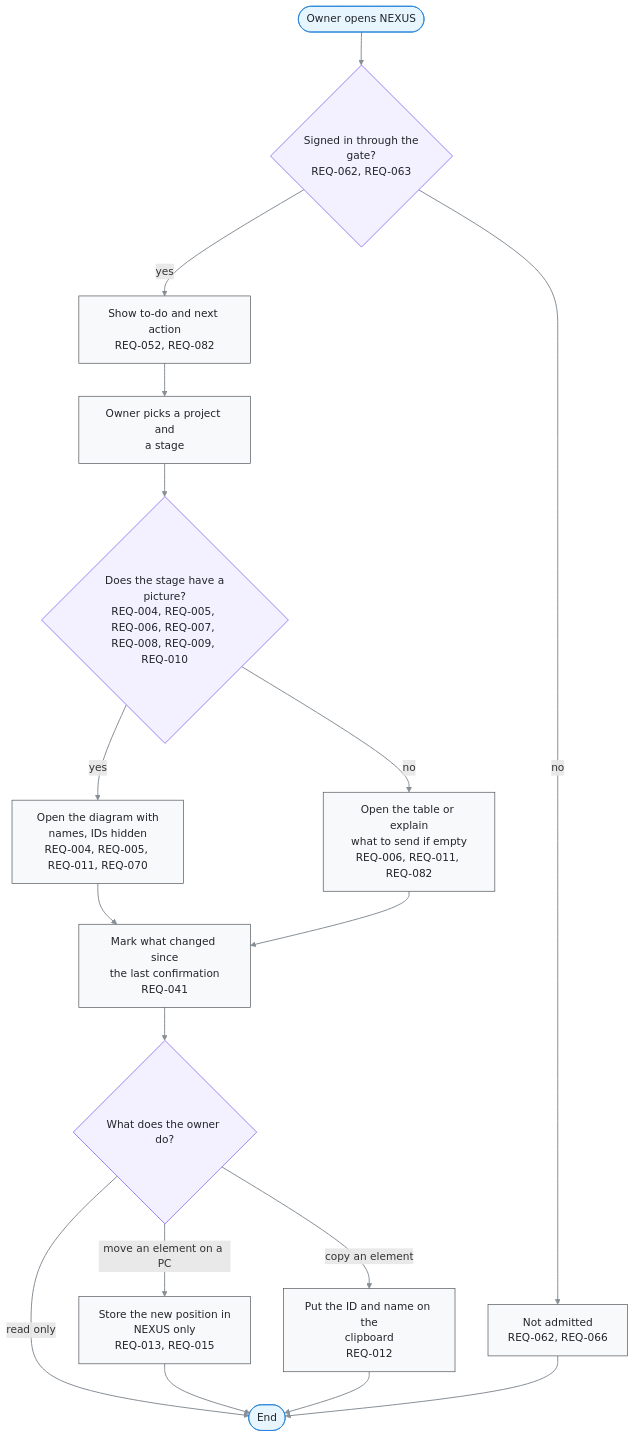
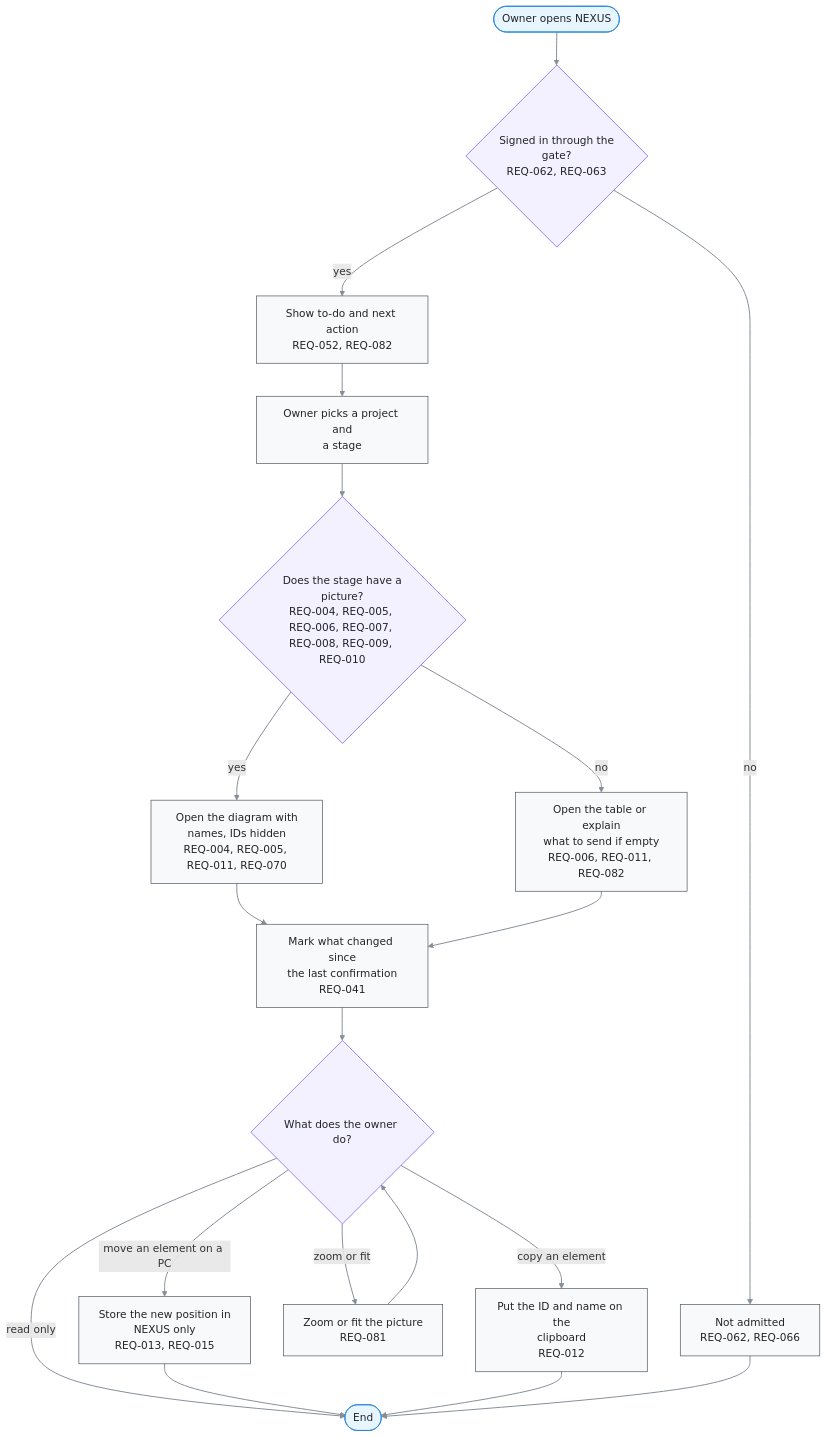
The diagram in docs/03-user-flow/FL-002-read-a-stage-from-the-to-do.md (kodonghui/corthex-nexus), drawn with Mermaid before and after one commit. The commit also changed other lines of this file and 28 other files, not shown here.

First line of the commit message:
Add diagram zoom and fit controls (#172)

````diff
--- a/docs/03-user-flow/FL-002-read-a-stage-from-the-to-do.md
+++ b/docs/03-user-flow/FL-002-read-a-stage-from-the-to-do.md
@@ -9,42 +9,45 @@
 ```mermaid
 flowchart TD
   A(["Owner opens NEXUS"])
   B{"Signed in through the<br/>gate?<br/>REQ-062, REQ-063"}
   C["Show to-do and next action<br/>REQ-052, REQ-082"]
   D["Owner picks a project and<br/>a stage"]
   E{"Does the stage have a<br/>picture?<br/>REQ-004, REQ-005, REQ-006, REQ-007, REQ-008, REQ-009, REQ-010"}
   F["Open the diagram with<br/>names, IDs hidden<br/>REQ-004, REQ-005, REQ-011, REQ-070"]
   G["Open the table or explain<br/>what to send if empty<br/>REQ-006, REQ-011, REQ-082"]
   H["Mark what changed since<br/>the last confirmation<br/>REQ-041"]
   I{"What does the owner do?"}
   J["Store the new position in<br/>NEXUS only<br/>REQ-013, REQ-015"]
   K["Put the ID and name on the<br/>clipboard<br/>REQ-012"]
+  L["Zoom or fit the picture<br/>REQ-081"]
   R1["Not admitted<br/>REQ-062, REQ-066"]
   Z(["End"])
   A e1@--> B
   B e2@-->|no| R1
   B e3@-->|yes| C
   C e4@--> D
   D e5@--> E
   E e6@-->|yes| F
   E e7@-->|no| G
   F e8@--> H
   G e9@--> H
   H e10@--> I
   I e11@-->|move an element on a PC| J
   I e12@-->|copy an element| K
   I e13@-->|read only| Z
   J e14@--> Z
   K e15@--> Z
   R1 e16@--> Z
+  I e17@-->|zoom or fit| L
+  L e18@--> I
   %% legend: below
   classDef term fill:#e7f5ff,stroke:#1c7ed6,color:#212529
   classDef proc fill:#f8f9fa,stroke:#495057,color:#212529
   classDef decide fill:#f3f0ff,stroke:#7048e8,color:#212529
   classDef gap fill:#f1f3f5,stroke:#adb5bd,stroke-dasharray:2 3,color:#495057
   classDef pass stroke:#868e96,stroke-width:1.5px
   class A,Z term
-  class C,D,F,G,H,J,K,R1 proc
+  class C,D,F,G,H,J,K,L,R1 proc
   class B,E,I decide
-  class e1,e2,e3,e4,e5,e6,e7,e8,e9,e10,e11,e12,e13,e14,e15,e16 pass
+  class e1,e2,e3,e4,e5,e6,e7,e8,e9,e10,e11,e12,e13,e14,e15,e16,e17,e18 pass
 ```
````
